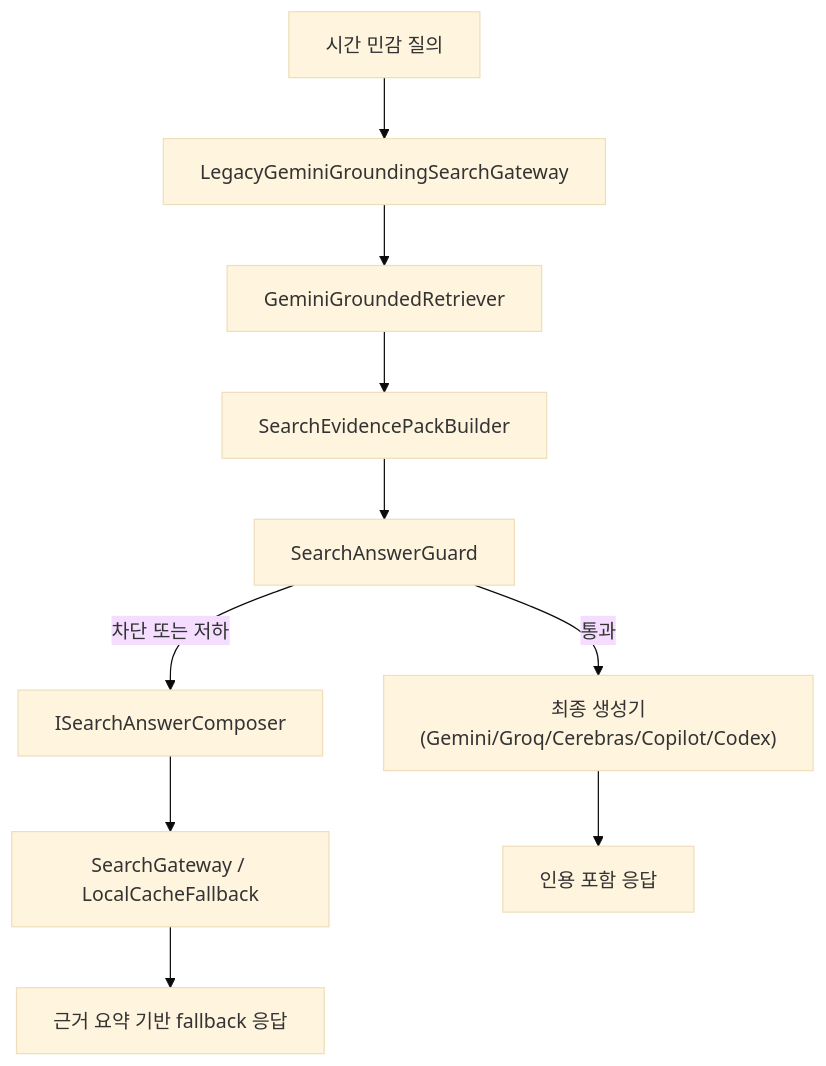
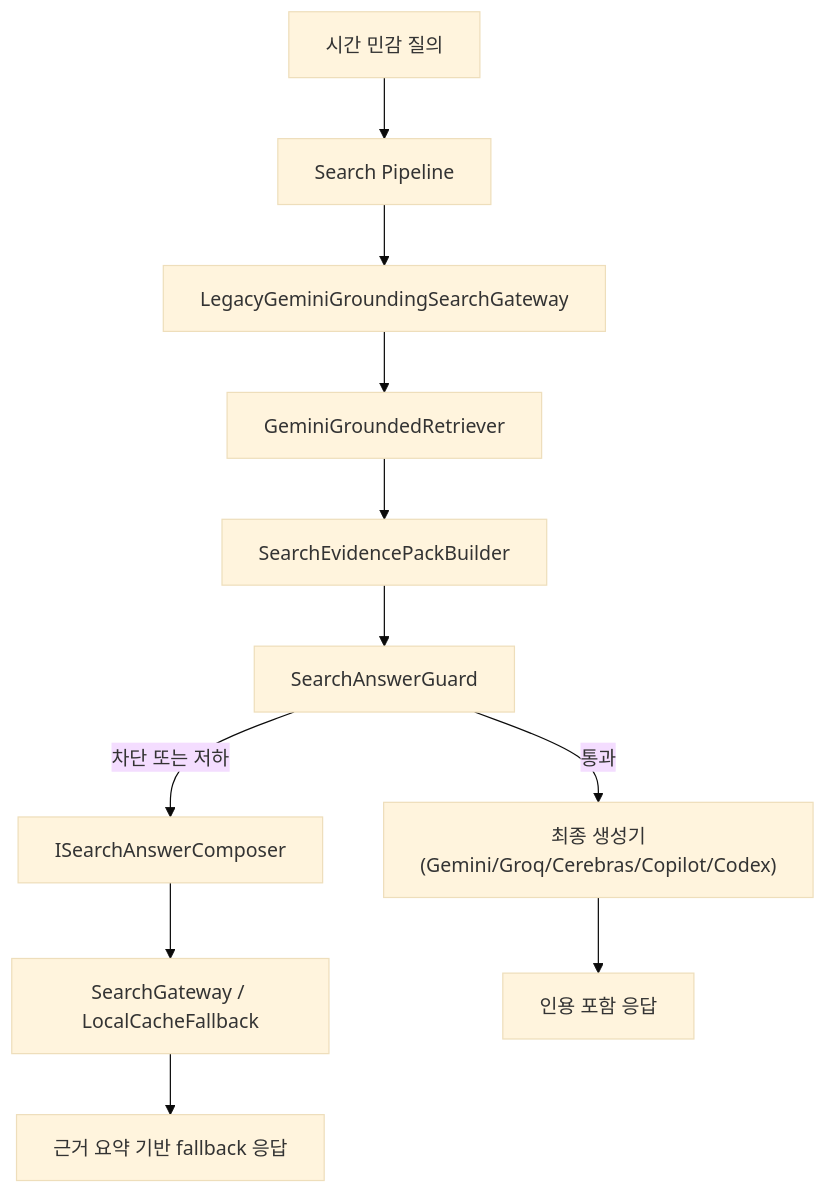
One commit to Tunelts3852/Omni-node changed the fifth of 8 diagrams in docs/아키텍처_흐름.md. Above: the diagram before and after it, drawn with Mermaid (base theme). The commit also changed other lines of this file and 43 other files, not shown here.

````diff
--- a/docs/아키텍처_흐름.md
+++ b/docs/아키텍처_흐름.md
@@ -106,12 +106,13 @@
 ```mermaid
 flowchart TD
-    Q["시간 민감 질의"] --> SG["LegacyGeminiGroundingSearchGateway"]
+    Q["시간 민감 질의"] --> PIPE["Search Pipeline"]
+    PIPE --> SG["LegacyGeminiGroundingSearchGateway"]
     SG --> GR["GeminiGroundedRetriever"]
     GR --> EP["SearchEvidencePackBuilder"]
     EP --> GUARD["SearchAnswerGuard"]
     GUARD -->|통과| GEN["최종 생성기(Gemini/Groq/Cerebras/Copilot/Codex)"]
     GUARD -->|차단 또는 저하| COMP["ISearchAnswerComposer"]
     COMP --> FALLBACK["SearchGateway / LocalCacheFallback"]
     FALLBACK --> OUTF["근거 요약 기반 fallback 응답"]
     GEN --> OUTG["인용 포함 응답"]
 ```
````
